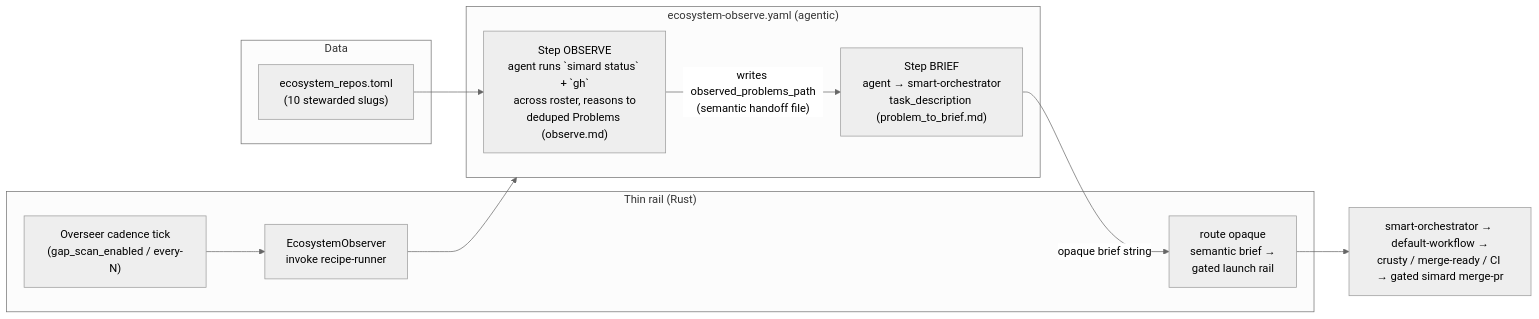
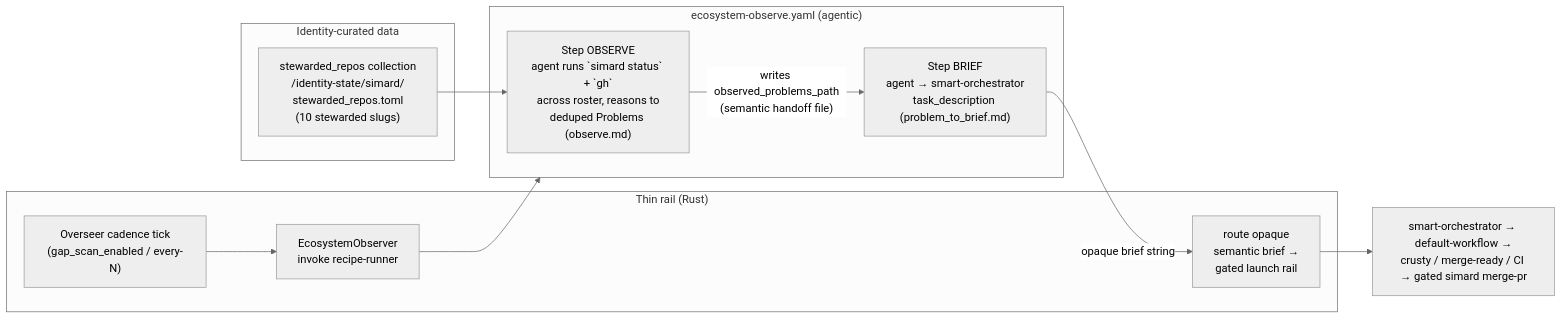
The diagram in docs/design/ecosystem-observe.md (rysweet/Simard), drawn with Mermaid (neutral theme) before and after one commit. The commit also changed other lines of this file and 18 other files, not shown here.

````diff
--- a/docs/design/ecosystem-observe.md
+++ b/docs/design/ecosystem-observe.md
@@ -68,20 +68,20 @@
 ```mermaid
 flowchart LR
   subgraph Rust["Thin rail (Rust)"]
     C["Overseer cadence tick\n(gap_scan_enabled / every-N)"]
     L["EcosystemObserver\ninvoke recipe-runner"]
     R["route opaque\nsemantic brief →\ngated launch rail"]
   end
   subgraph Recipe["ecosystem-observe.yaml (agentic)"]
     O["Step OBSERVE\nagent runs `simard status` + `gh`\nacross roster, reasons to\ndeduped Problems (observe.md)"]
     B["Step BRIEF\nagent → smart-orchestrator\ntask_description (problem_to_brief.md)"]
   end
-  subgraph Roster["Data"]
-    T["ecosystem_repos.toml\n(10 stewarded slugs)"]
+  subgraph Roster["Identity-curated data"]
+    T["stewarded_repos collection\n<state_root>/identity-state/simard/\nstewarded_repos.toml\n(10 stewarded slugs)"]
   end
   C --> L --> Recipe
   T --> O
   O -- "writes observed_problems_path\n(semantic handoff file)" --> B
   B -- "opaque brief string" --> R
   R --> SO["smart-orchestrator → default-workflow →\ncrusty / merge-ready / CI → gated simard merge-pr"]
 ```
````
